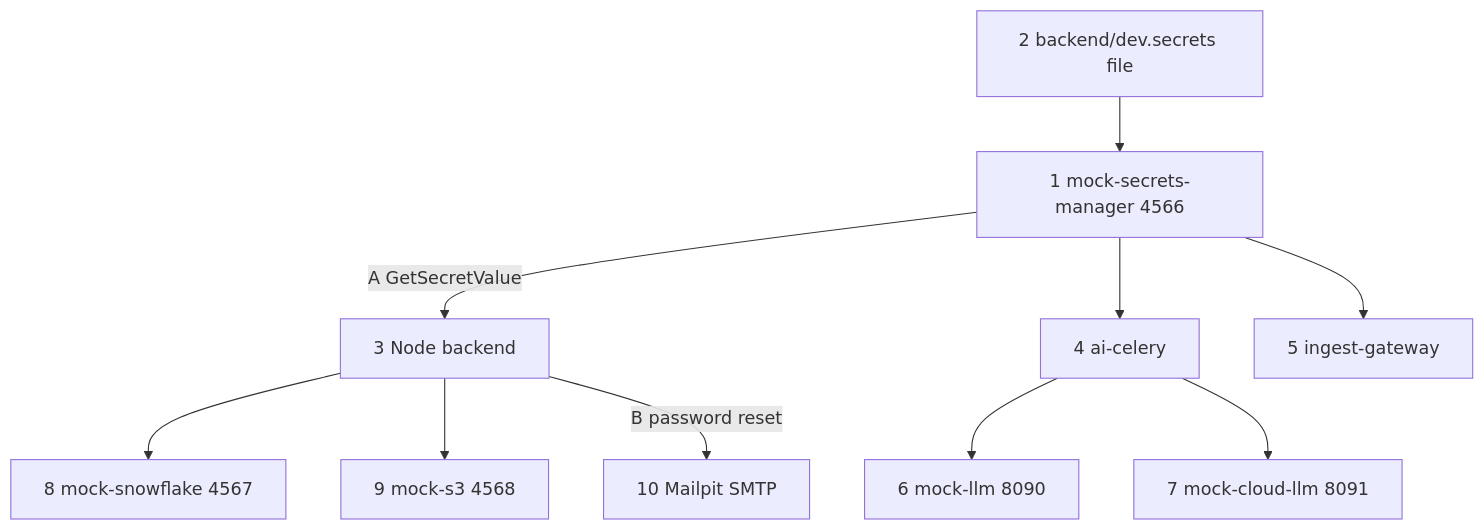
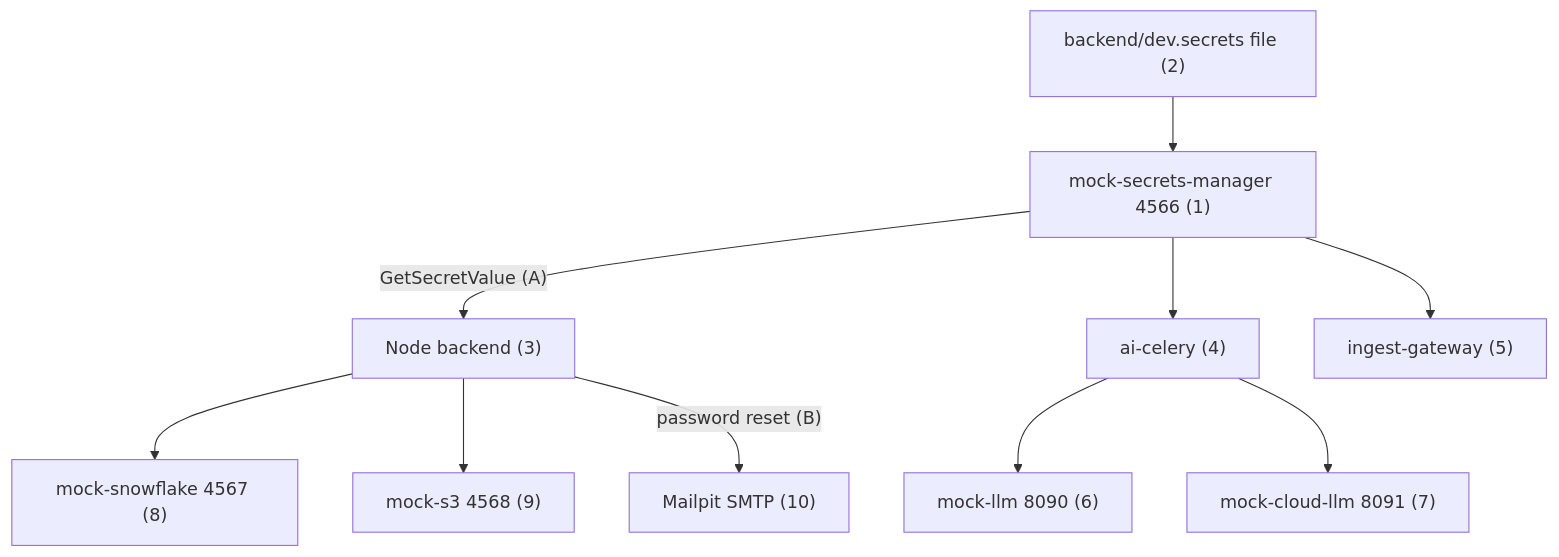
Before and after one commit to OferElboher/suspicious-email-triage: the diagram in docs/diagrams/system-flow-06-dev-mocks.mmd, drawn with Mermaid. The commit also changed 9 other files, not shown here.

First line of the commit message:
Document partial flowcharts in prose and normalize diagram labels.

```diff
--- a/docs/diagrams/system-flow-06-dev-mocks.mmd
+++ b/docs/diagrams/system-flow-06-dev-mocks.mmd
@@ -1,21 +1,21 @@
 flowchart TB
-  SEC["1 mock-secrets-manager 4566"]
-  DEV["2 backend/dev.secrets file"]
-  N["3 Node backend"]
-  PY["4 ai-celery"]
-  GW["5 ingest-gateway"]
-  MLLM["6 mock-llm 8090"]
-  MCL["7 mock-cloud-llm 8091"]
-  MSF["8 mock-snowflake 4567"]
-  MS3["9 mock-s3 4568"]
-  MP["10 Mailpit SMTP"]
+  SEC["mock-secrets-manager 4566 (1)"]
+  DEV["backend/dev.secrets file (2)"]
+  N["Node backend (3)"]
+  PY["ai-celery (4)"]
+  GW["ingest-gateway (5)"]
+  MLLM["mock-llm 8090 (6)"]
+  MCL["mock-cloud-llm 8091 (7)"]
+  MSF["mock-snowflake 4567 (8)"]
+  MS3["mock-s3 4568 (9)"]
+  MP["Mailpit SMTP (10)"]
 
   DEV --> SEC
-  SEC -->|"A GetSecretValue"| N
+  SEC -->|"GetSecretValue (A)"| N
   SEC --> PY
   SEC --> GW
   PY --> MLLM
   PY --> MCL
   N --> MSF
   N --> MS3
-  N -->|"B password reset"| MP
+  N -->|"password reset (B)"| MP
```
